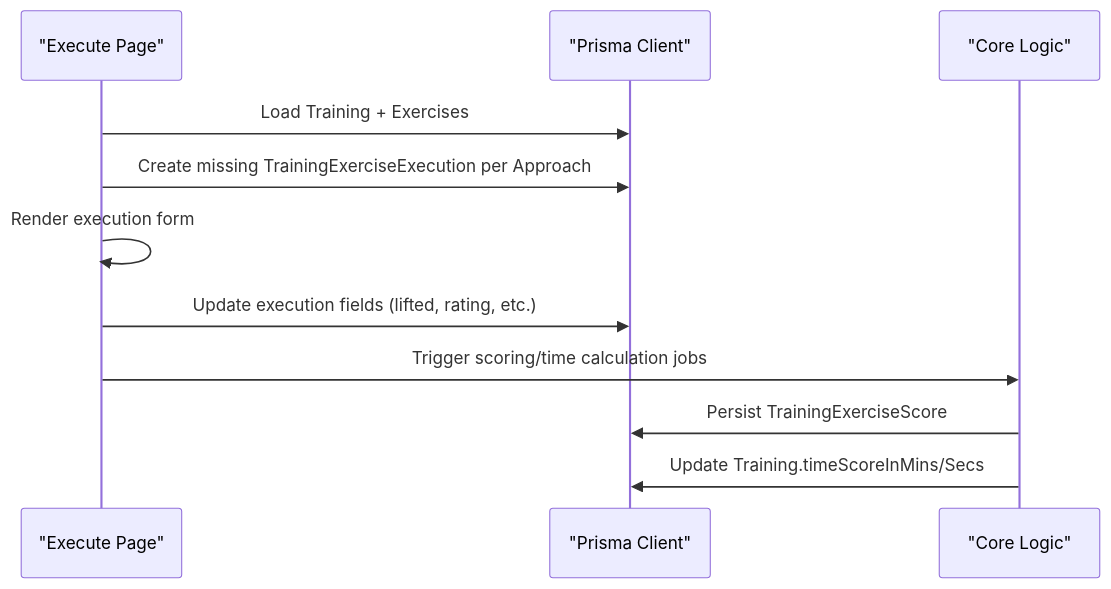
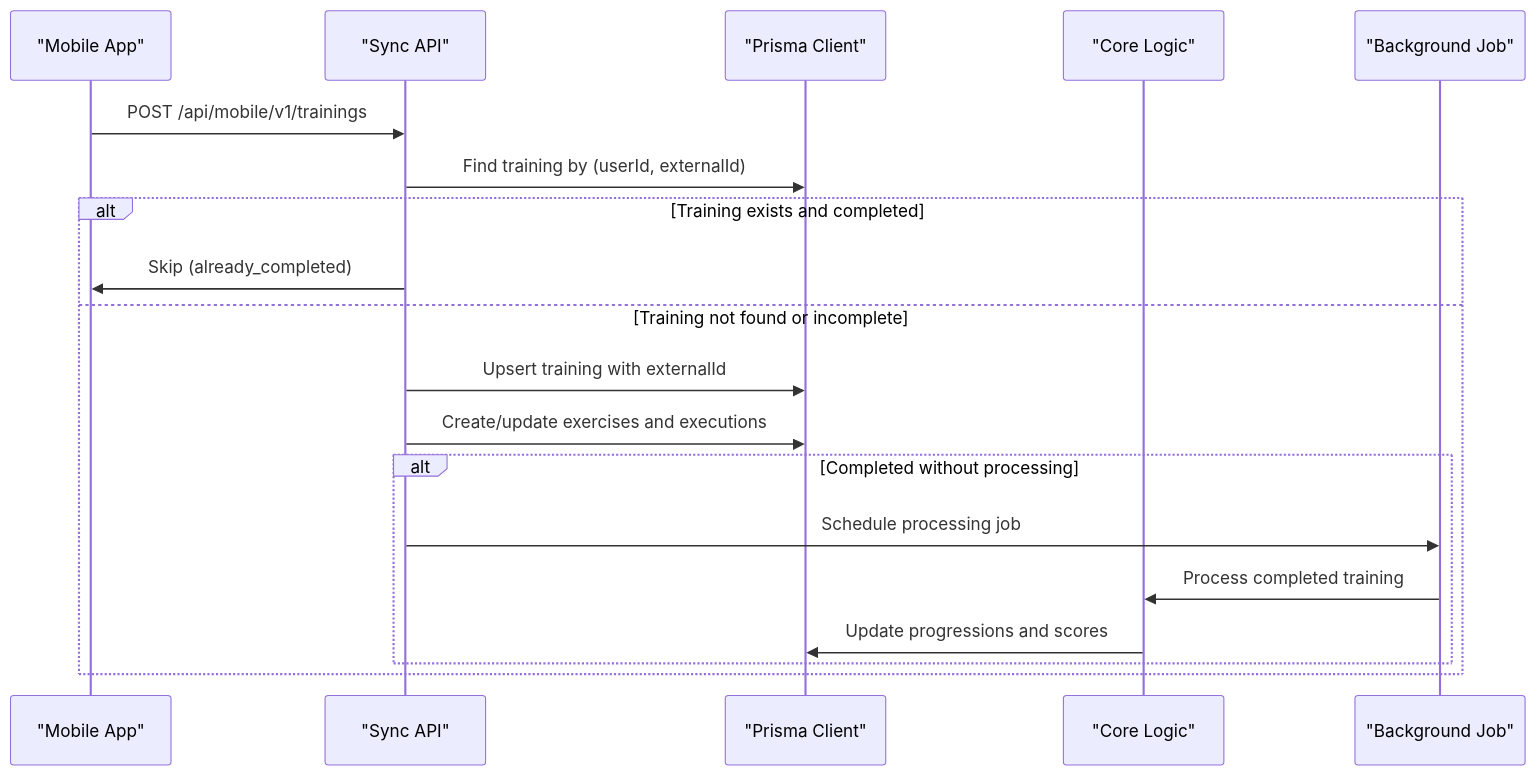
One commit to Dezzpil/meingym changed the third of 7 diagrams in .qoder/repowiki/en/content/Data Model/Data Model.md. Above: the diagram before and after it, drawn with Mermaid. The commit also changed other lines of this file and 5 other files, not shown here.

````diff
--- a/.qoder/repowiki/en/content/Data Model/Data Model.md
+++ b/.qoder/repowiki/en/content/Data Model/Data Model.md
@@ -445,13 +482,21 @@
 ```mermaid
 sequenceDiagram
-participant UI as "Execute Page"
+participant Mobile as "Mobile App"
+participant API as "Sync API"
 participant DB as "Prisma Client"
 participant CORE as "Core Logic"
-UI->>DB : Load Training + Exercises
-UI->>DB : Create missing TrainingExerciseExecution per Approach
-UI->>UI : Render execution form
-UI->>DB : Update execution fields (lifted, rating, etc.)
-UI->>CORE : Trigger scoring/time calculation jobs
-CORE->>DB : Persist TrainingExerciseScore
-CORE->>DB : Update Training.timeScoreInMins/Secs
+participant JOB as "Background Job"
+Mobile->>API : POST /api/mobile/v1/trainings
+API->>DB : Find training by (userId, externalId)
+alt Training exists and completed
+API->>Mobile : Skip (already_completed)
+else Training not found or incomplete
+API->>DB : Upsert training with externalId
+API->>DB : Create/update exercises and executions
+alt Completed without processing
+API->>JOB : Schedule processing job
+JOB->>CORE : Process completed training
+CORE->>DB : Update progressions and scores
+end
+end
 ```
````
